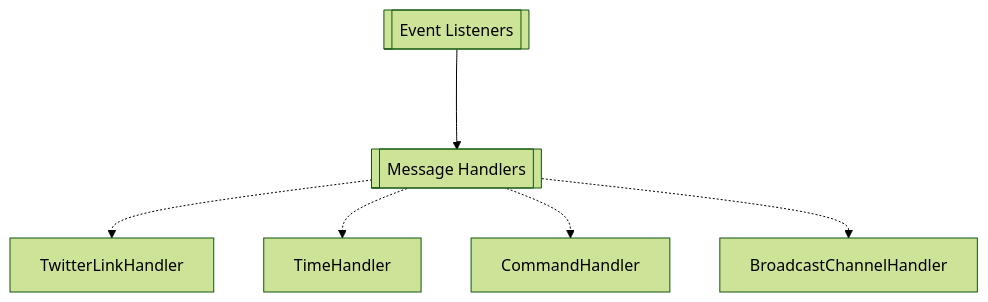
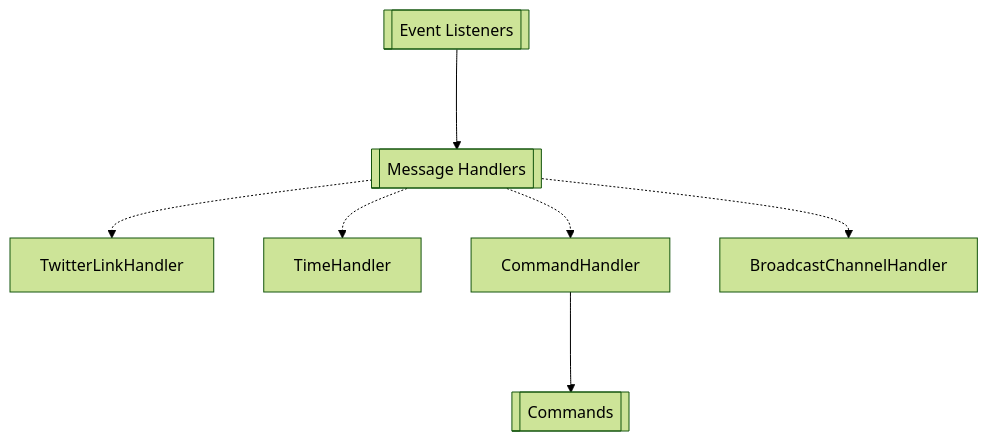
One commit to dlt-v/kat-bot-3 changed the diagram in readme.md. Above: the diagram before and after it, drawn with Mermaid (forest theme). The commit also changed other lines of this file and 2 other files, not shown here.

Commit message:
refactor: make mc-status embed have a button for new call

````diff
--- a/readme.md
+++ b/readme.md
@@ -78,9 +79,10 @@
 ```mermaid
 graph TD;
    id1[[Event Listeners]] ---> id2[[Message Handlers]]
    id2[[Message Handlers]] -.-> TwitterLinkHandler
    id2[[Message Handlers]] -.-> TimeHandler
    id2[[Message Handlers]] -.-> CommandHandler
    id2[[Message Handlers]] -.-> BroadcastChannelHandler
+   CommandHandler ---> id3[[Commands]]
 
 ```
````
